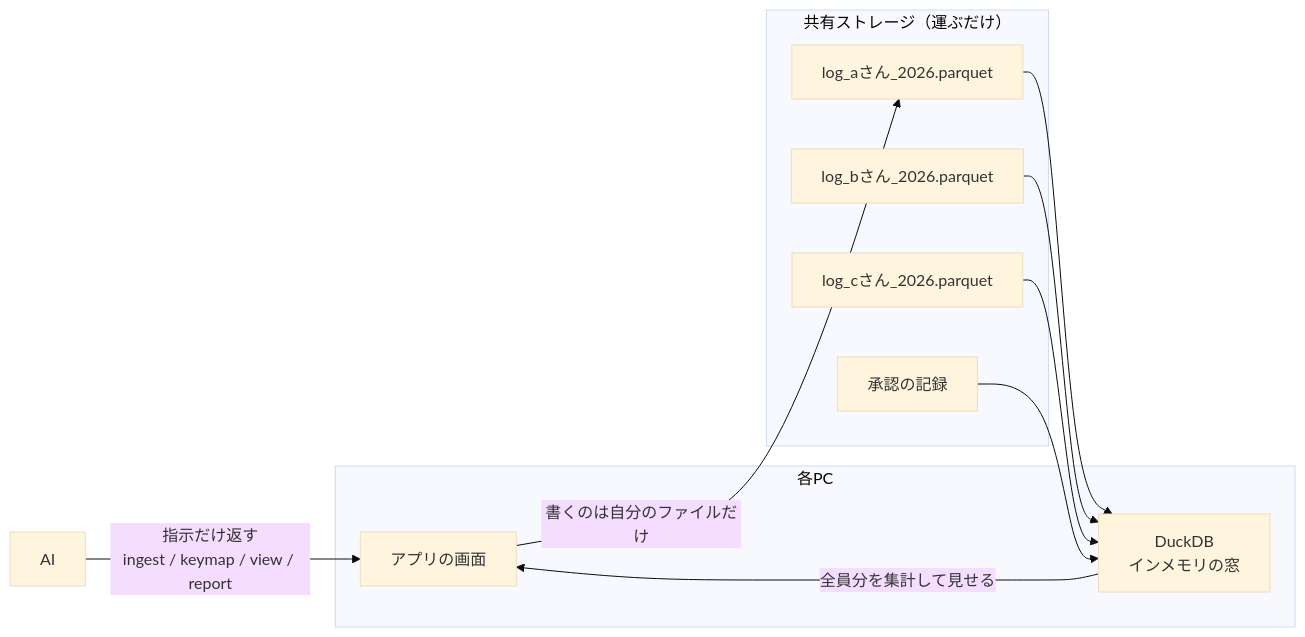
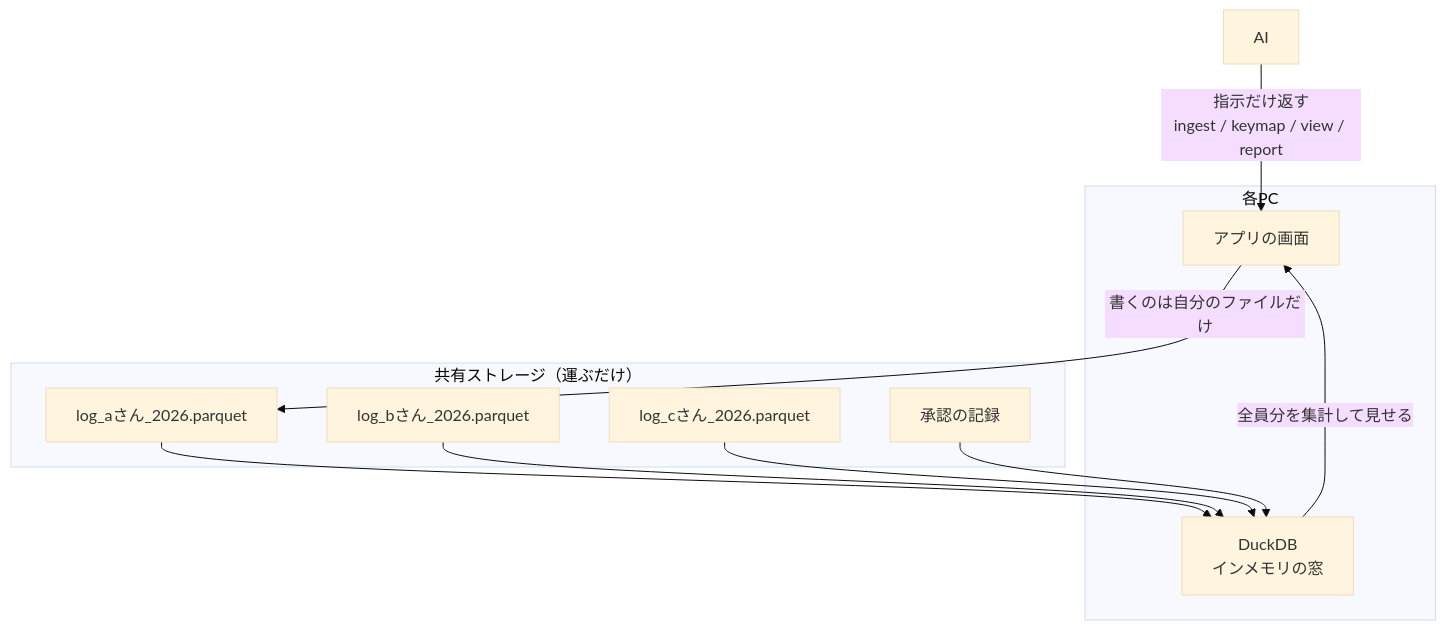
The diagram in README.ja.md (subtractlab/ai-native-groupware), drawn with Mermaid (base theme) before and after one commit. The commit also changed 1 other file, not shown here.

Commit message:
Diagram: top-to-bottom layout for readability
Claude-Session: https://claude.ai/code/session_015SUJWB86k3hRGjGJGJfG7M

````diff
--- a/README.ja.md
+++ b/README.ja.md
@@ -24,20 +24,20 @@
 ```mermaid
-flowchart LR
+flowchart TB
   subgraph PC["各PC"]
     UI["アプリの画面"]
     DK["DuckDB<br/>インメモリの窓"]
   end
   subgraph SS["共有ストレージ（運ぶだけ）"]
     FA["log_aさん_2026.parquet"]
     FB["log_bさん_2026.parquet"]
     FC["log_cさん_2026.parquet"]
     AP["承認の記録"]
   end
   AI["AI"] -- "指示だけ返す<br/>ingest / keymap / view / report" --> UI
   UI -- "書くのは自分のファイルだけ" --> FA
   FA --> DK
   FB --> DK
   FC --> DK
   AP --> DK
   DK -- "全員分を集計して見せる" --> UI
 ```
````
